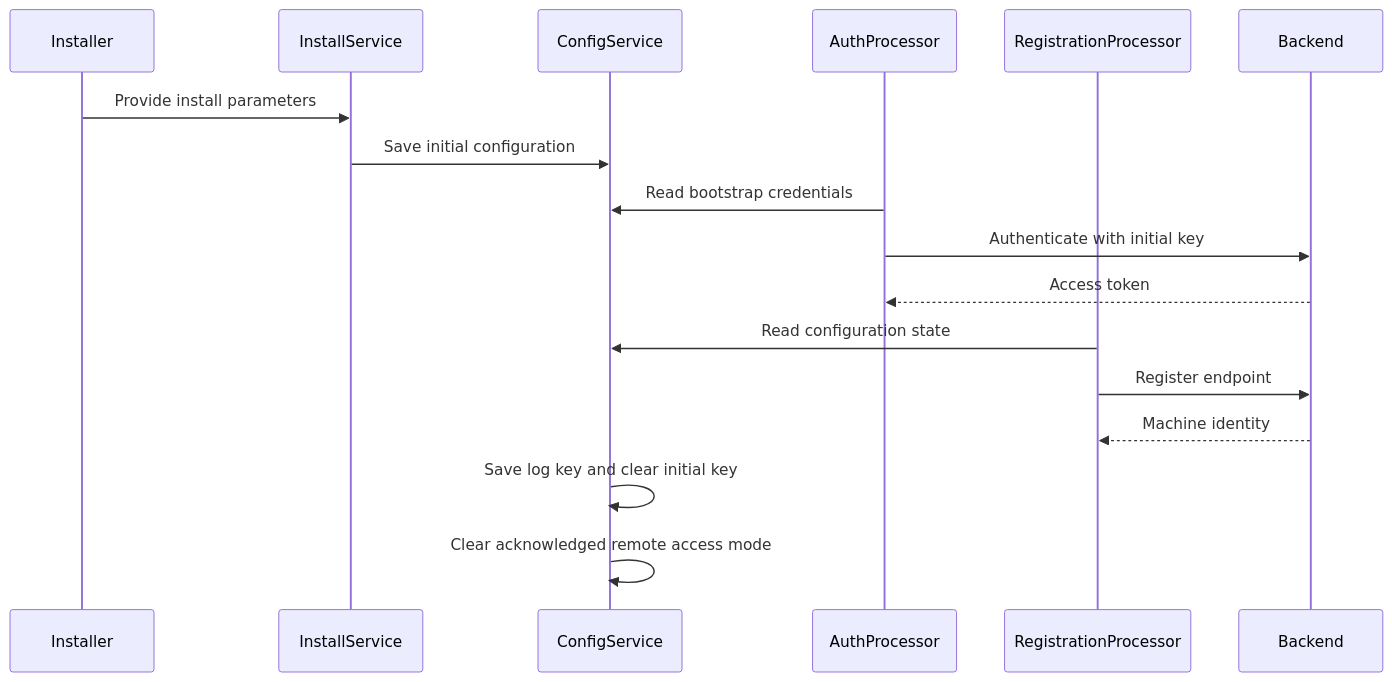
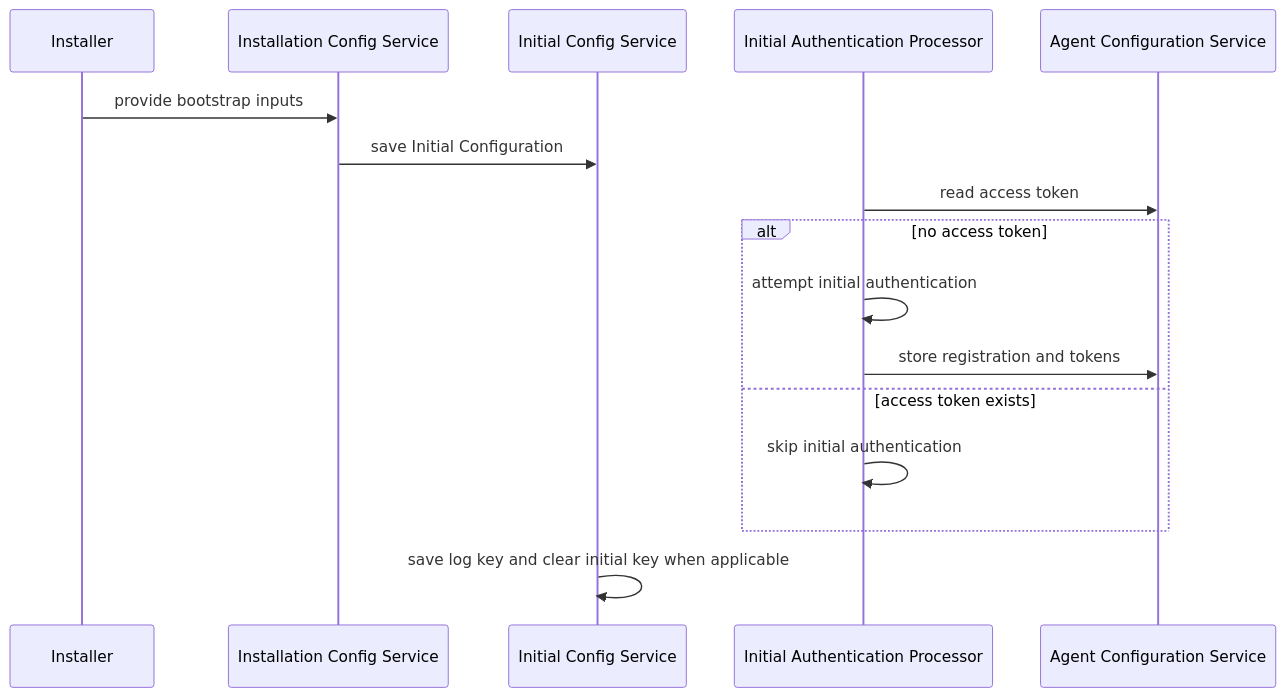
One commit to flamingo-stack/openframe-oss-tenant changed the third of 4 diagrams in docs/reference/architecture/openframe-client-core/model-initial-config/model-initial-config.md. Above: the diagram before and after it, drawn with Mermaid. The commit also changed other lines of this file and 2377 other files, not shown here.

````diff
--- a/docs/reference/architecture/openframe-client-core/model-initial-config/model-initial-config.md
+++ b/docs/reference/architecture/openframe-client-core/model-initial-config/model-initial-config.md
@@ -97,19 +83,18 @@
 ```mermaid
 sequenceDiagram
     participant Installer
-    participant InstallService
-    participant ConfigService
-    participant AuthProcessor
-    participant RegistrationProcessor
-    participant Backend
-    Installer->>InstallService: Provide install parameters
-    InstallService->>ConfigService: Save initial configuration
-    AuthProcessor->>ConfigService: Read bootstrap credentials
-    AuthProcessor->>Backend: Authenticate with initial key
-    Backend-->>AuthProcessor: Access token
-    RegistrationProcessor->>ConfigService: Read configuration state
-    RegistrationProcessor->>Backend: Register endpoint
-    Backend-->>RegistrationProcessor: Machine identity
-    ConfigService->>ConfigService: Save log key and clear initial key
-    ConfigService->>ConfigService: Clear acknowledged remote access mode
+    participant Setup as Installation Config Service
+    participant Store as Initial Config Service
+    participant Auth as Initial Authentication Processor
+    participant AgentConfig as Agent Configuration Service
+    Installer->>Setup: provide bootstrap inputs
+    Setup->>Store: save Initial Configuration
+    Auth->>AgentConfig: read access token
+    alt no access token
+        Auth->>Auth: attempt initial authentication
+        Auth->>AgentConfig: store registration and tokens
+    else access token exists
+        Auth->>Auth: skip initial authentication
+    end
+    Store->>Store: save log key and clear initial key when applicable
 ```
````
